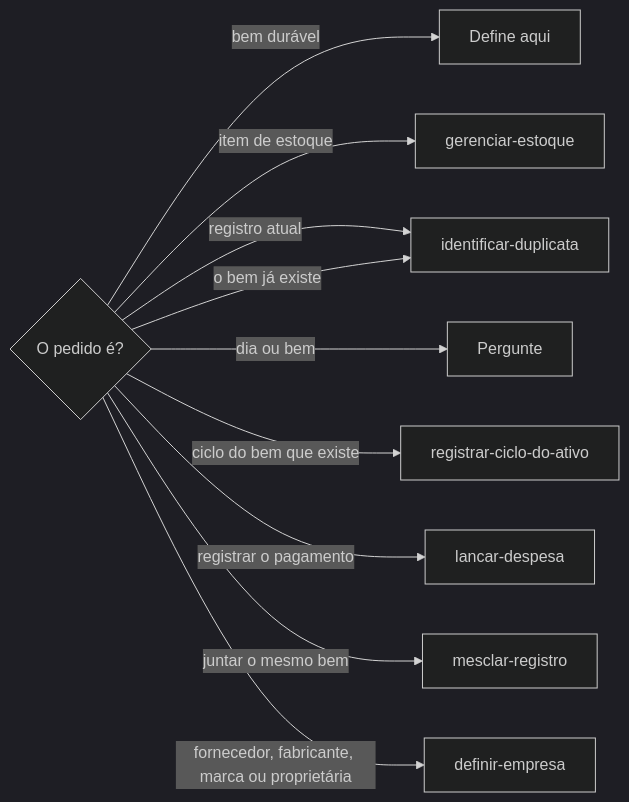
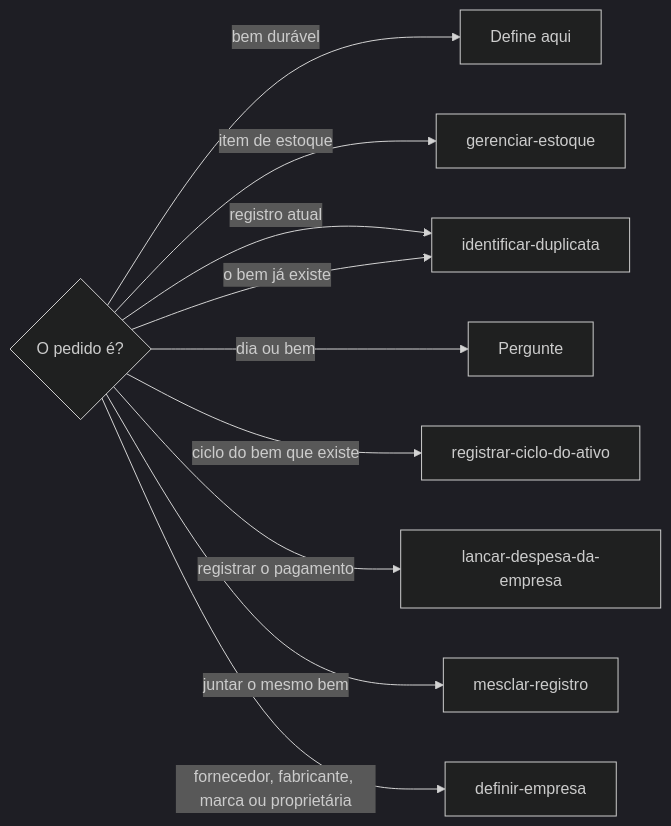
Before and after one commit to jimmyandrade/harness: the first of 4 diagrams in .agents/skills/definir-ativo-imobilizado/SKILL.md, drawn with Mermaid (dark theme). The commit also changed other lines of this file and 16 other files, not shown here.

First line of the commit message:
feat(lancar-despesa-da-empresa)!: name the company in the expense skill

````diff
--- a/.agents/skills/definir-ativo-imobilizado/SKILL.md
+++ b/.agents/skills/definir-ativo-imobilizado/SKILL.md
@@ -35,12 +35,12 @@
 ```mermaid
 flowchart LR
   Q{O pedido é?} -->|bem durável| A[Define aqui]
   Q -->|item de estoque| E[gerenciar-estoque]
   Q -->|registro atual| I[identificar-duplicata]
   Q -->|dia ou bem| P[Pergunte]
   Q -->|ciclo do bem que existe| L[registrar-ciclo-do-ativo]
-  Q -->|registrar o pagamento| D[lancar-despesa]
+  Q -->|registrar o pagamento| D[lancar-despesa-da-empresa]
   Q -->|o bem já existe| I[identificar-duplicata]
   Q -->|juntar o mesmo bem| M[mesclar-registro]
   Q -->|fornecedor, fabricante, marca ou proprietária| C[definir-empresa]
 ```
````
